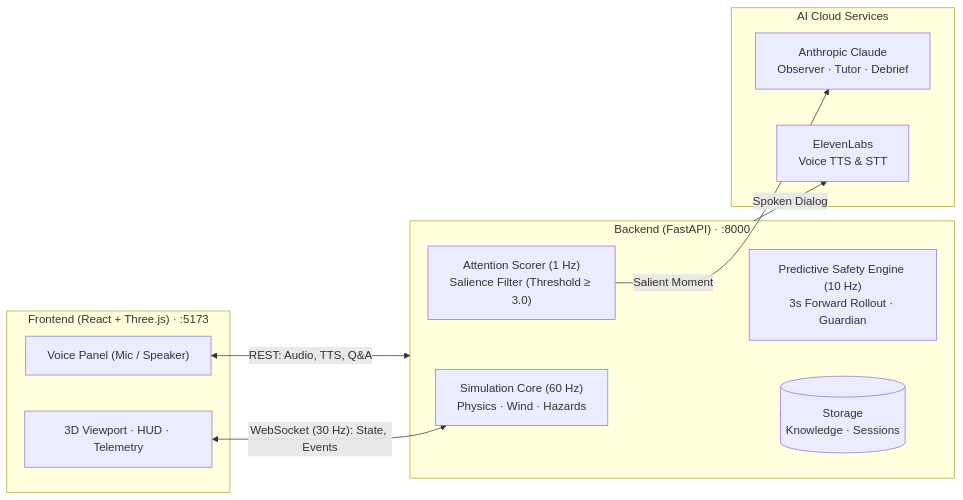
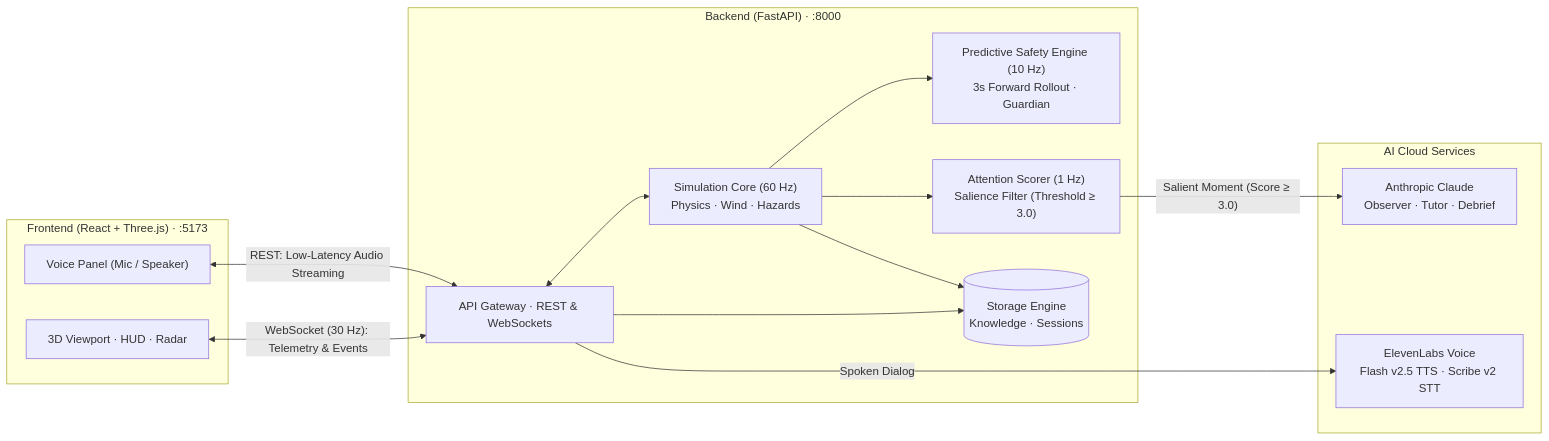
One commit to jona-droid/Hackathon-Hacknation changed the first of 2 diagrams in PIPELINE.md. Above: the diagram before and after it, drawn with Mermaid. The commit also changed other lines of this file and 1 other file, not shown here.

````diff
--- a/PIPELINE.md
+++ b/PIPELINE.md
@@ -9,25 +9,30 @@
 ```mermaid
 flowchart LR
   subgraph FRONTEND["Frontend (React + Three.js) · :5173"]
-    UI["3D Viewport · HUD · Telemetry"]
+    UI["3D Viewport · HUD · Radar"]
     VOICE_UI["Voice Panel (Mic / Speaker)"]
   end
 
   subgraph BACKEND["Backend (FastAPI) · :8000"]
+    API["API Gateway · REST & WebSockets"]
     SIM["Simulation Core (60 Hz)<br/>Physics · Wind · Hazards"]
     MPC["Predictive Safety Engine (10 Hz)<br/>3s Forward Rollout · Guardian"]
     ATTN["Attention Scorer (1 Hz)<br/>Salience Filter (Threshold ≥ 3.0)"]
-    STORE[("Storage<br/>Knowledge · Sessions")]
+    STORE[("Storage Engine<br/>Knowledge · Sessions")]
   end
 
   subgraph CLOUD["AI Cloud Services"]
     CLAUDE["Anthropic Claude<br/>Observer · Tutor · Debrief"]
-    ELEVEN["ElevenLabs<br/>Voice TTS & STT"]
+    ELEVEN["ElevenLabs Voice<br/>Flash v2.5 TTS · Scribe v2 STT"]
   end
 
-  UI <-->|"WebSocket (30 Hz): State, Events"| SIM
-  VOICE_UI <-->|"REST: Audio, TTS, Q&A"| BACKEND
-  ATTN -->|"Salient Moment"| CLAUDE
-  BACKEND -->|"Spoken Dialog"| ELEVEN
-  BACKEND --> STORE
+  UI <-->|"WebSocket (30 Hz): Telemetry & Events"| API
+  API <--> SIM
+  VOICE_UI <-->|"REST: Low-Latency Audio Streaming"| API
+  SIM --> MPC
+  SIM --> ATTN
+  ATTN -->|"Salient Moment (Score ≥ 3.0)"| CLAUDE
+  API -->|"Spoken Dialog"| ELEVEN
+  API --> STORE
+  SIM --> STORE
 ```
````
